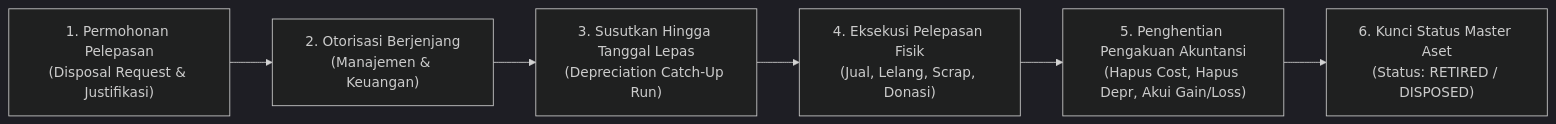
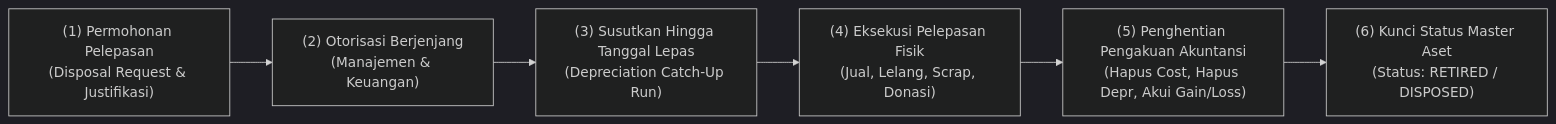
One commit to alimurrofid/erp-notes changed the first of 3 diagrams in content/08-assets/asset-disposal-and-retirement.md. Above: the diagram before and after it, drawn with Mermaid (dark theme). The commit also changed other lines of this file and 132 other files, not shown here.

````diff
--- a/content/08-assets/asset-disposal-and-retirement.md
+++ b/content/08-assets/asset-disposal-and-retirement.md
@@ -11,8 +11,8 @@
 ```mermaid
 flowchart LR
-    Req["1. Permohonan Pelepasan<br/>(Disposal Request & Justifikasi)"] --> Appr["2. Otorisasi Berjenjang<br/>(Manajemen & Keuangan)"]
-    Appr --> DepUp["3. Susutkan Hingga Tanggal Lepas<br/>(Depreciation Catch-Up Run)"]
-    DepUp --> Exec["4. Eksekusi Pelepasan Fisik<br/>(Jual, Lelang, Scrap, Donasi)"]
-    Exec --> Derec["5. Penghentian Pengakuan Akuntansi<br/>(Hapus Cost, Hapus Depr, Akui Gain/Loss)"]
-    Derec --> Close["6. Kunci Status Master Aset<br/>(Status: RETIRED / DISPOSED)"]
+    Req["(1) Permohonan Pelepasan<br/>(Disposal Request & Justifikasi)"] --> Appr["(2) Otorisasi Berjenjang<br/>(Manajemen & Keuangan)"]
+    Appr --> DepUp["(3) Susutkan Hingga Tanggal Lepas<br/>(Depreciation Catch-Up Run)"]
+    DepUp --> Exec["(4) Eksekusi Pelepasan Fisik<br/>(Jual, Lelang, Scrap, Donasi)"]
+    Exec --> Derec["(5) Penghentian Pengakuan Akuntansi<br/>(Hapus Cost, Hapus Depr, Akui Gain/Loss)"]
+    Derec --> Close["(6) Kunci Status Master Aset<br/>(Status: RETIRED / DISPOSED)"]
 ```
````
